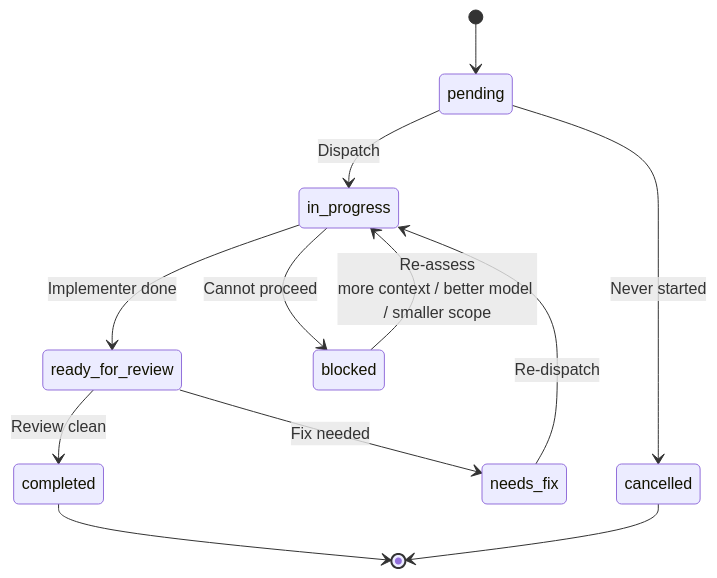
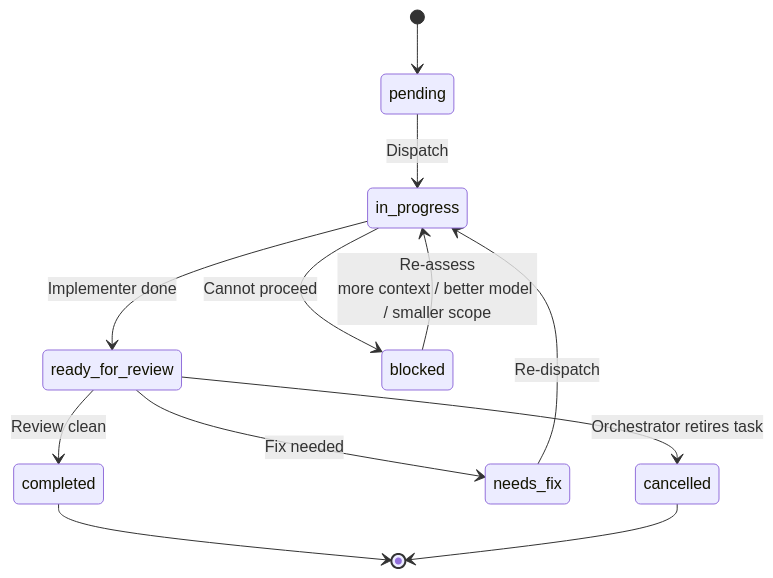
Before and after one commit to gugacarbo/agents-skills: the seventh of 10 diagrams in super-planning/docs/workflows.md, drawn with Mermaid. The commit also changed other lines of this file and 19 other files, not shown here.

````diff
--- a/super-planning/docs/workflows.md
+++ b/super-planning/docs/workflows.md
@@ -172,14 +178,14 @@
 ```mermaid
 stateDiagram-v2
     [*] --> pending
     pending --> in_progress: Dispatch
     in_progress --> ready_for_review: Implementer done
     ready_for_review --> completed: Review clean
     ready_for_review --> needs_fix: Fix needed
     needs_fix --> in_progress: Re-dispatch
     in_progress --> blocked: Cannot proceed
     blocked --> in_progress: Re-assess<br/>more context / better model / smaller scope
-    pending --> cancelled: Never started
+    ready_for_review --> cancelled: Orchestrator retires task
     completed --> [*]
     cancelled --> [*]
 ```
````
